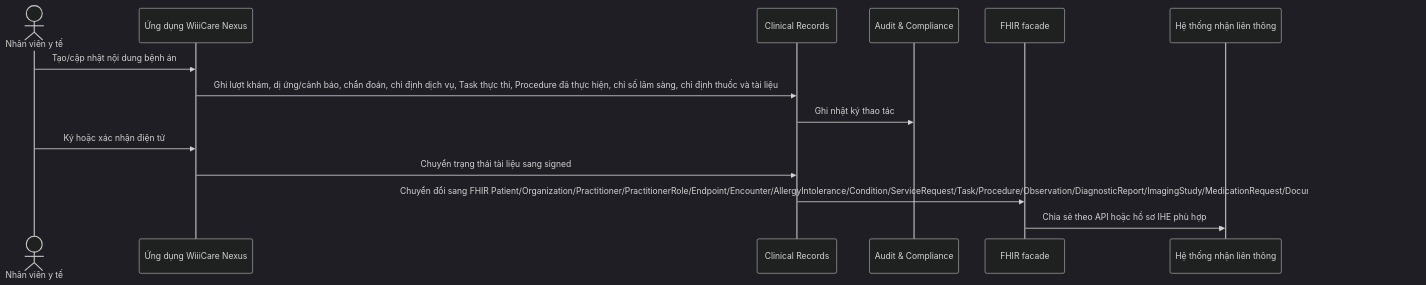
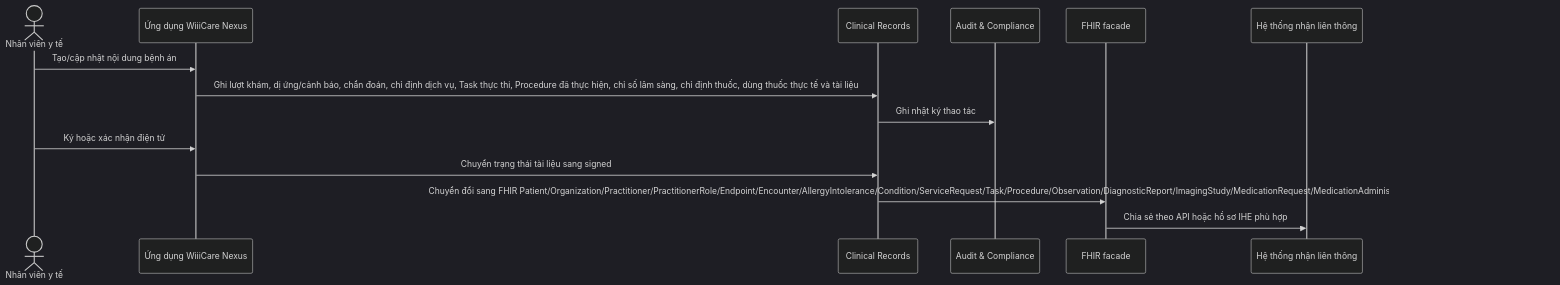
The second of 2 diagrams in docs/ARCHITECTURE.md (meiiie/benh_vien), drawn with Mermaid (dark theme) before and after one commit. The commit also changed other lines of this file and 35 other files, not shown here.

Commit message:
feat: add medication administration tracking

````diff
--- a/docs/ARCHITECTURE.md
+++ b/docs/ARCHITECTURE.md
@@ -61,17 +61,17 @@
 ```mermaid
 sequenceDiagram
   actor User as Nhân viên y tế
   participant App as Ứng dụng WiiiCare Nexus
   participant EMR as Clinical Records
   participant Audit as Audit & Compliance
   participant FHIR as FHIR facade
   participant Partner as Hệ thống nhận liên thông
 
   User->>App: Tạo/cập nhật nội dung bệnh án
-  App->>EMR: Ghi lượt khám, dị ứng/cảnh báo, chẩn đoán, chỉ định dịch vụ, Task thực thi, Procedure đã thực hiện, chỉ số lâm sàng, chỉ định thuốc và tài liệu
+  App->>EMR: Ghi lượt khám, dị ứng/cảnh báo, chẩn đoán, chỉ định dịch vụ, Task thực thi, Procedure đã thực hiện, chỉ số lâm sàng, chỉ định thuốc, dùng thuốc thực tế và tài liệu
   EMR->>Audit: Ghi nhật ký thao tác
   User->>App: Ký hoặc xác nhận điện tử
   App->>EMR: Chuyển trạng thái tài liệu sang signed
-  EMR->>FHIR: Chuyển đổi sang FHIR Patient/Organization/Practitioner/PractitionerRole/Endpoint/Encounter/AllergyIntolerance/Condition/ServiceRequest/Task/Procedure/Observation/DiagnosticReport/ImagingStudy/MedicationRequest/DocumentReference/Composition
+  EMR->>FHIR: Chuyển đổi sang FHIR Patient/Organization/Practitioner/PractitionerRole/Endpoint/Encounter/AllergyIntolerance/Condition/ServiceRequest/Task/Procedure/Observation/DiagnosticReport/ImagingStudy/MedicationRequest/MedicationAdministration/DocumentReference/Composition
   FHIR->>Partner: Chia sẻ theo API hoặc hồ sơ IHE phù hợp
 ```
````
